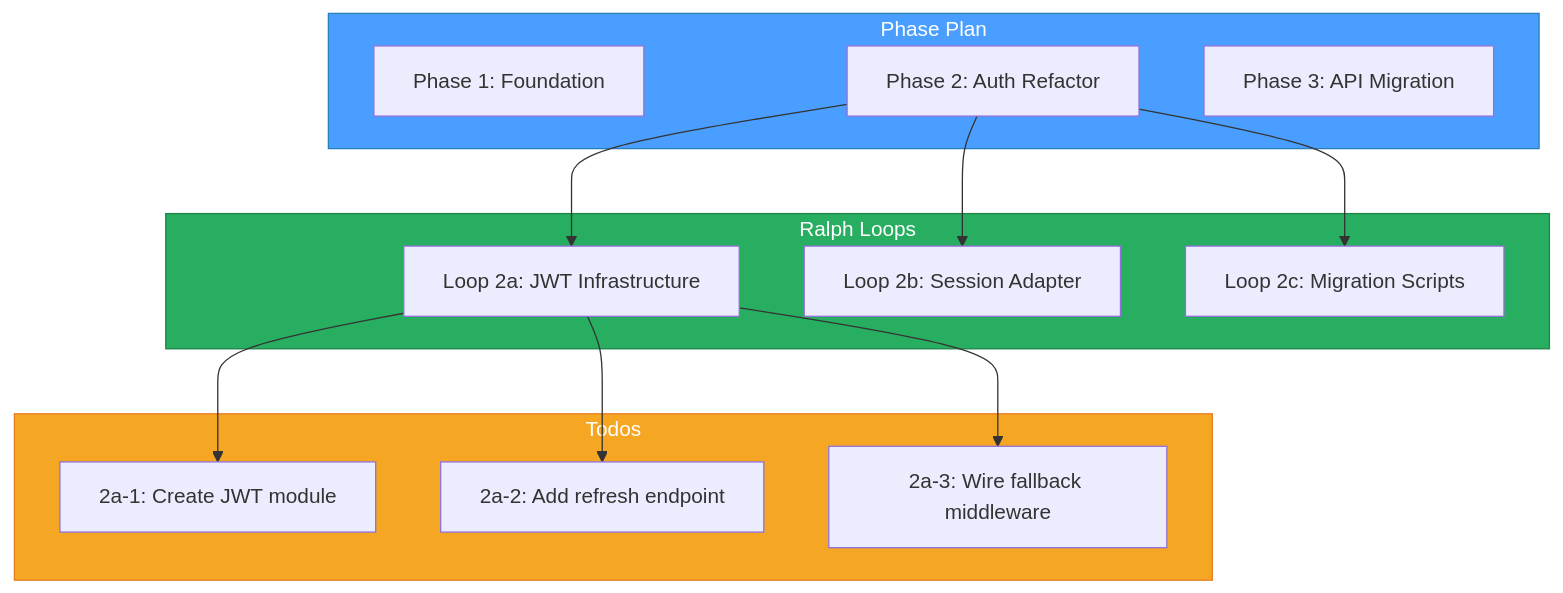
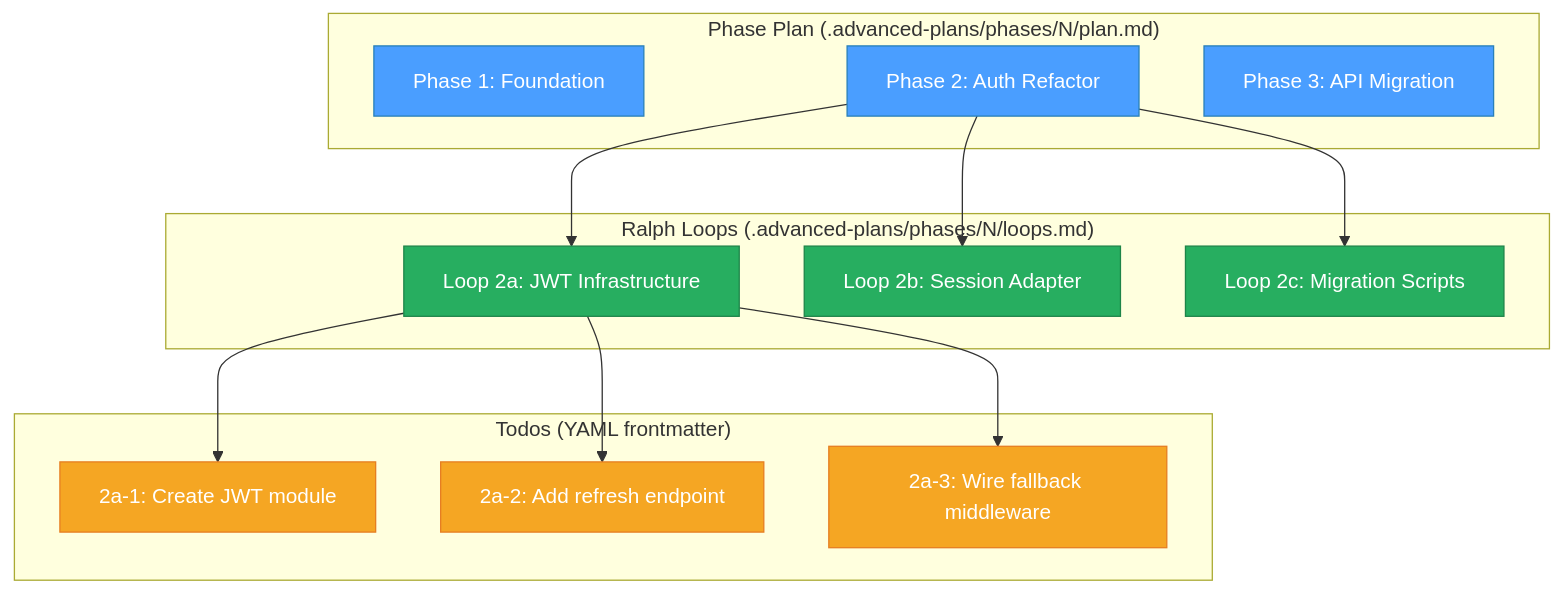
One commit to MungoHarvey/Advanced-AI-Workflows changed the fourth of 6 diagrams in ARCHITECTURE.md. Above: the diagram before and after it, drawn with Mermaid. The commit also changed other lines of this file and 6 other files, not shown here.

````diff
--- a/ARCHITECTURE.md
+++ b/ARCHITECTURE.md
@@ -266,31 +217,38 @@
 ```mermaid
 flowchart TB
-    subgraph Phase["Phase Plan"]
+    accTitle: Three-Tier Planning Hierarchy
+    accDescr: Phase Plans decompose into Ralph Loops which decompose into Todos. Each tier uses a different model.
+
+    subgraph Phase["Phase Plan (.advanced-plans/phases/N/plan.md)"]
         P1["Phase 1: Foundation"]
         P2["Phase 2: Auth Refactor"]
         P3["Phase 3: API Migration"]
     end
 
-    subgraph Loops["Ralph Loops"]
+    subgraph Loops["Ralph Loops (.advanced-plans/phases/N/loops.md)"]
         L1["Loop 2a: JWT Infrastructure"]
         L2["Loop 2b: Session Adapter"]
         L3["Loop 2c: Migration Scripts"]
     end
 
-    subgraph Todos["Todos"]
+    subgraph Todos["Todos (YAML frontmatter)"]
         T1["2a-1: Create JWT module"]
         T2["2a-2: Add refresh endpoint"]
         T3["2a-3: Wire fallback middleware"]
     end
 
     P2 --> L1
     P2 --> L2
     P2 --> L3
     L1 --> T1
     L1 --> T2
     L1 --> T3
 
-    style Phase fill:#4a9eff,stroke:#2980b9,color:#fff
-    style Loops fill:#27ae60,stroke:#1e8449,color:#fff
-    style Todos fill:#f5a623,stroke:#e67e22,color:#fff
+    classDef phase fill:#4a9eff,stroke:#2980b9,color:#fff
+    classDef loops fill:#27ae60,stroke:#1e8449,color:#fff
+    classDef todos fill:#f5a623,stroke:#e67e22,color:#fff
+
+    class P1,P2,P3 phase
+    class L1,L2,L3 loops
+    class T1,T2,T3 todos
 ```
````
